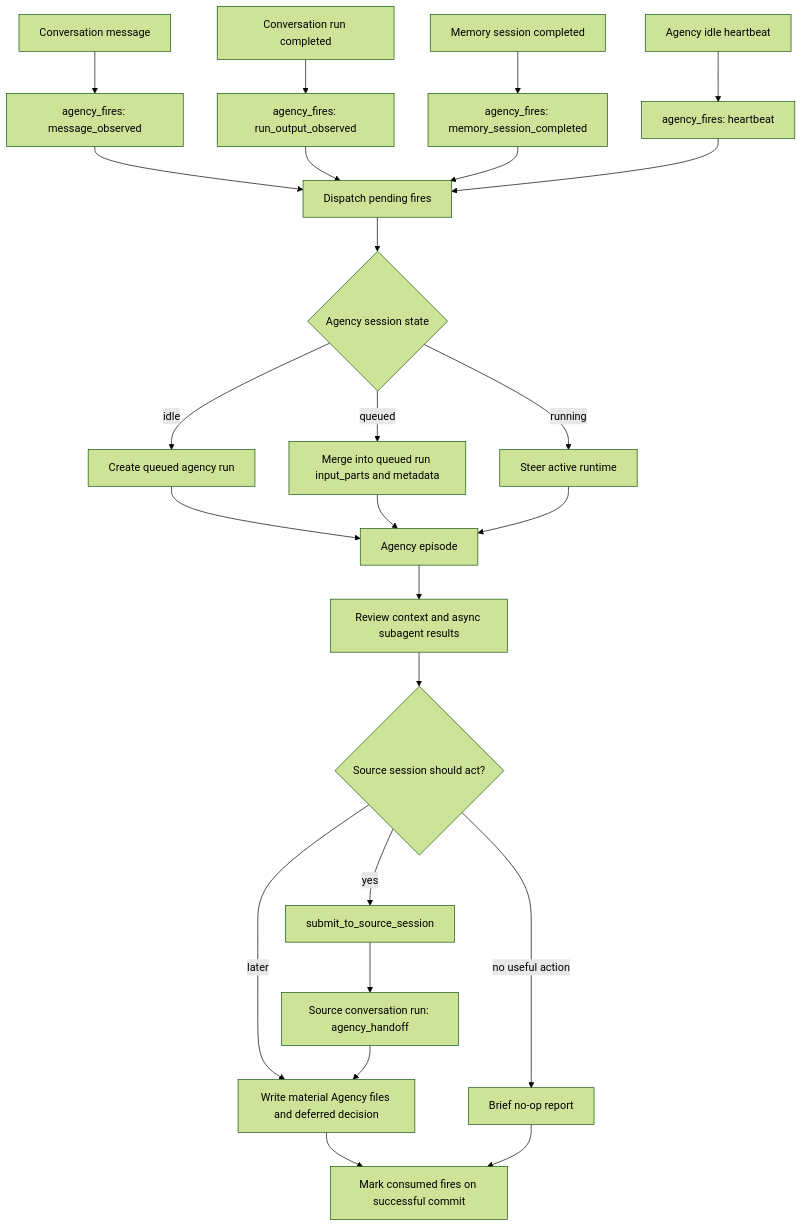
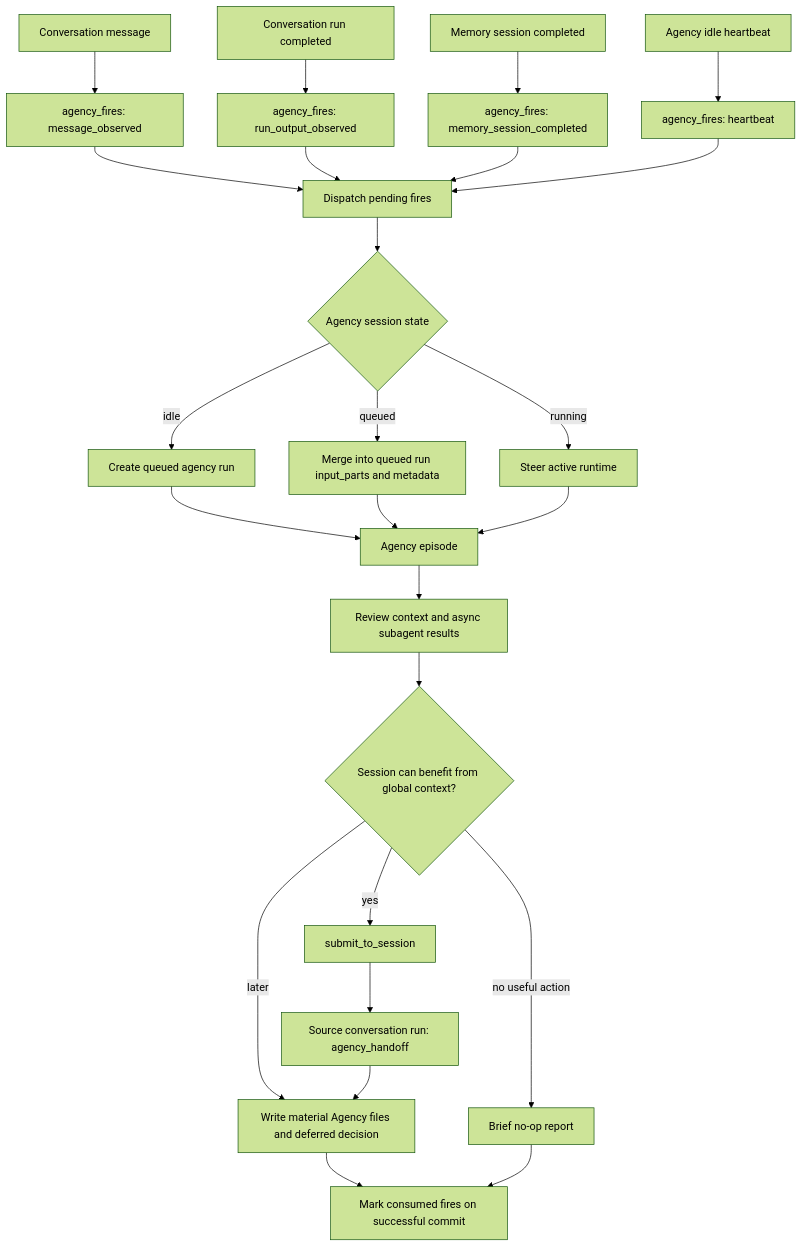
Before and after one commit to Alexsu26/ya-mono: the diagram in packages/ya-claw/spec/11-session-agency.md, drawn with Mermaid (forest theme). The commit also changed other lines of this file and 13 other files, not shown here.

````diff
--- a/packages/ya-claw/spec/11-session-agency.md
+++ b/packages/ya-claw/spec/11-session-agency.md
@@ -45,27 +45,27 @@
 ```mermaid
 flowchart TD
     MSG[Conversation message] --> MF[agency_fires: message_observed]
     OUT[Conversation run completed] --> OF[agency_fires: run_output_observed]
     MEM[Memory session completed] --> FF[agency_fires: memory_session_completed]
     HB[Agency idle heartbeat] --> HF[agency_fires: heartbeat]
     MF --> P[Dispatch pending fires]
     OF --> P
     FF --> P
     HF --> P
     P --> S{Agency session state}
     S -->|idle| R[Create queued agency run]
     S -->|queued| Q[Merge into queued run input_parts and metadata]
     S -->|running| T[Steer active runtime]
     R --> A[Agency episode]
     Q --> A
     T --> A
     A --> REVIEW[Review context and async subagent results]
-    REVIEW --> H{Source session should act?}
-    H -->|yes| SUB[submit_to_source_session]
+    REVIEW --> H{Session can benefit from global context?}
+    H -->|yes| SUB[submit_to_session]
     SUB --> SRC[Source conversation run: agency_handoff]
     H -->|later| LOG[Write material Agency files and deferred decision]
     H -->|no useful action| NOOP[Brief no-op report]
     SRC --> LOG
     LOG --> DONE[Mark consumed fires on successful commit]
     NOOP --> DONE
 ```
````
